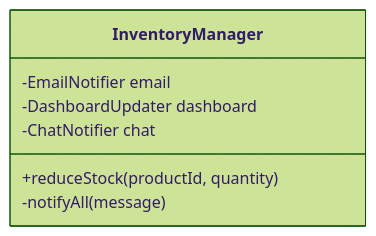
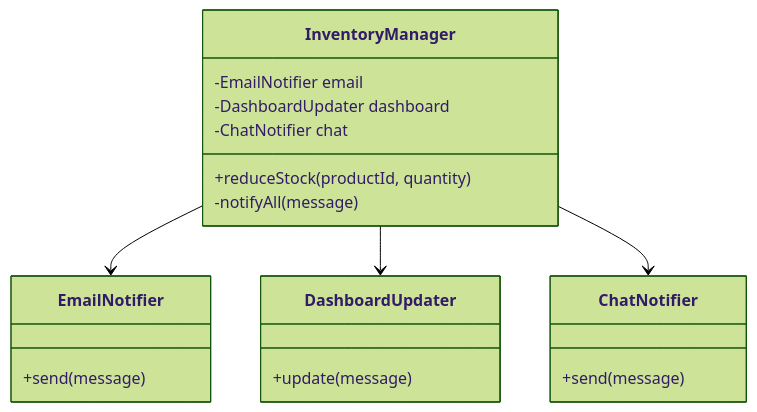
The first of 7 diagrams in kindle/design-patterns/output/chapter07.md (kumachan1101-pixel/DesignPattern), drawn with Mermaid (forest theme) before and after one commit. The commit also changed 3 other files, not shown here.

Commit message:
fix: フェーズ1現状把握を修正 - 1-1から変更要求を除去・1-3図と1-6コードを完全化

````diff
--- a/kindle/design-patterns/output/chapter07.md
+++ b/kindle/design-patterns/output/chapter07.md
@@ -49,11 +49,23 @@
 ```mermaid
 classDiagram
     class InventoryManager {
         -EmailNotifier email
         -DashboardUpdater dashboard
         -ChatNotifier chat
         +reduceStock(productId, quantity)
         -notifyAll(message)
     }
+    class EmailNotifier {
+        +send(message)
+    }
+    class DashboardUpdater {
+        +update(message)
+    }
+    class ChatNotifier {
+        +send(message)
+    }
+    InventoryManager --> EmailNotifier
+    InventoryManager --> DashboardUpdater
+    InventoryManager --> ChatNotifier
 
 ```
````
